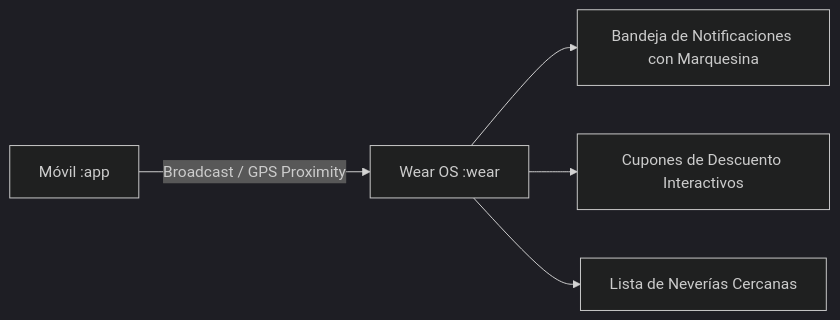
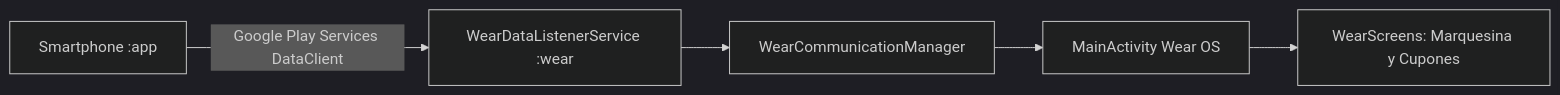
Before and after one commit to PaolaLpez/SnowTrail: the diagram in wear/README.md, drawn with Mermaid (dark theme). The commit also changed other lines of this file and 2 other files, not shown here.

````diff
--- a/wear/README.md
+++ b/wear/README.md
@@ -8,7 +8,7 @@
 ```mermaid
 graph LR
-    A[Móvil :app] -->|Broadcast / GPS Proximity| B[Wear OS :wear]
-    B --> C[Bandeja de Notificaciones con Marquesina]
-    B --> D[Cupones de Descuento Interactivos]
-    B --> E[Lista de Neverías Cercanas]
+    A[Smartphone :app] -->|Google Play Services DataClient| B[WearDataListenerService :wear]
+    B --> C[WearCommunicationManager]
+    C --> D[MainActivity Wear OS]
+    D --> E[WearScreens: Marquesina y Cupones]
 ```
````
